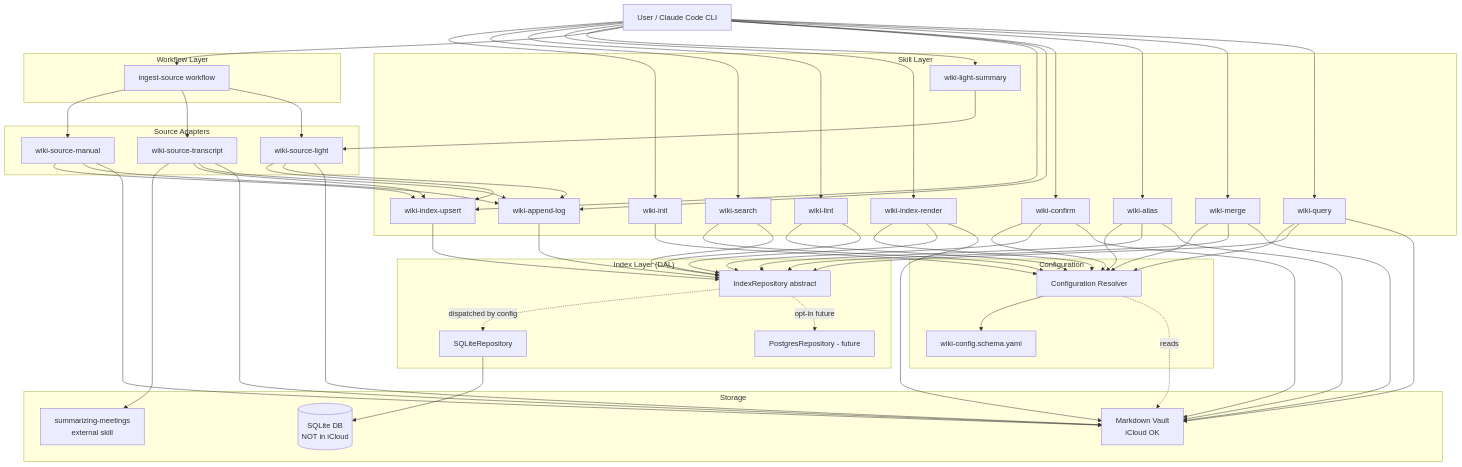
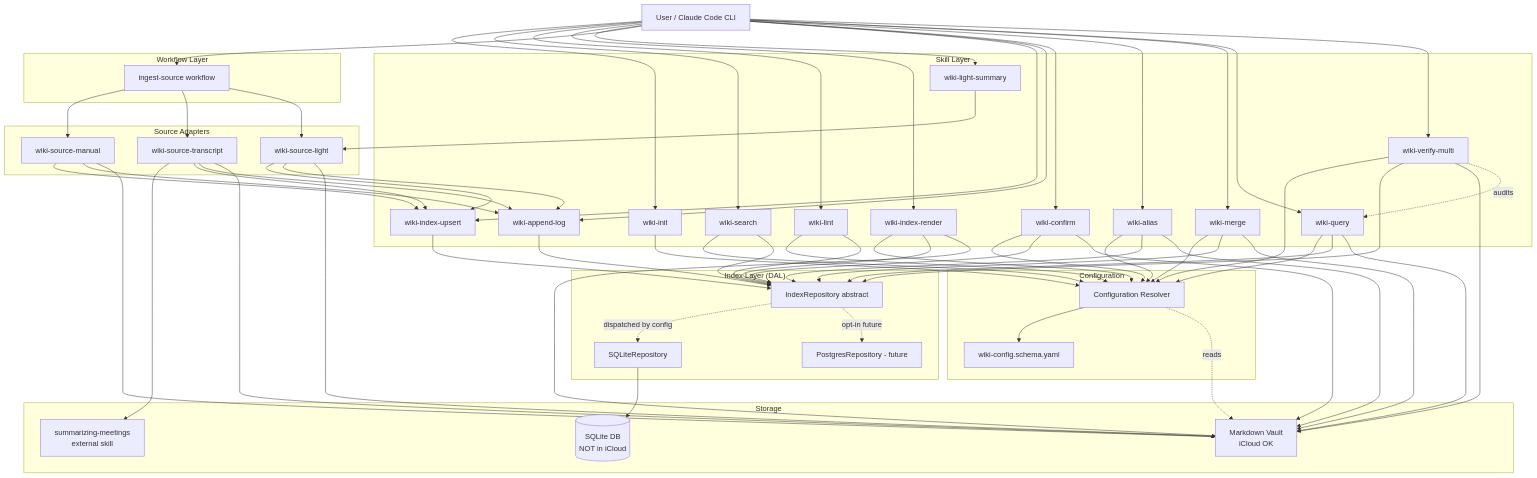
One commit to MatrixFounder/llm-wiki changed the diagram in docs/architectures/functional-architecture.md. Above: the diagram before and after it, drawn with Mermaid. The commit also changed other lines of this file and 60 other files, not shown here.

Commit message:
feat(task-008): ship Epic 7 RAG verification layer (wiki-verify-multi, R-8) — schema v5

```diff
--- a/docs/architectures/functional-architecture.md
+++ b/docs/architectures/functional-architecture.md
@@ -462,6 +566,7 @@
         EA[wiki-alias]
         WM[wiki-merge]
         WQ[wiki-query]
+        WV[wiki-verify-multi]
     end
 
     subgraph "Workflow Layer"
@@ -495,12 +600,17 @@
     User --> SU & WAL
     User --> EC & EA & WM
     User --> WQ
+    User --> WV
     EC & EA & WM --> CR
     EC & EA & WM --> IR
     EC & EA & WM --> MD
     WQ --> CR
     WQ --> IR
     WQ --> MD
+    WV --> CR
+    WV --> IR
+    WV --> MD
+    WV -.audits.-> WQ
     
     SI --> CR
     SS --> CR
```
